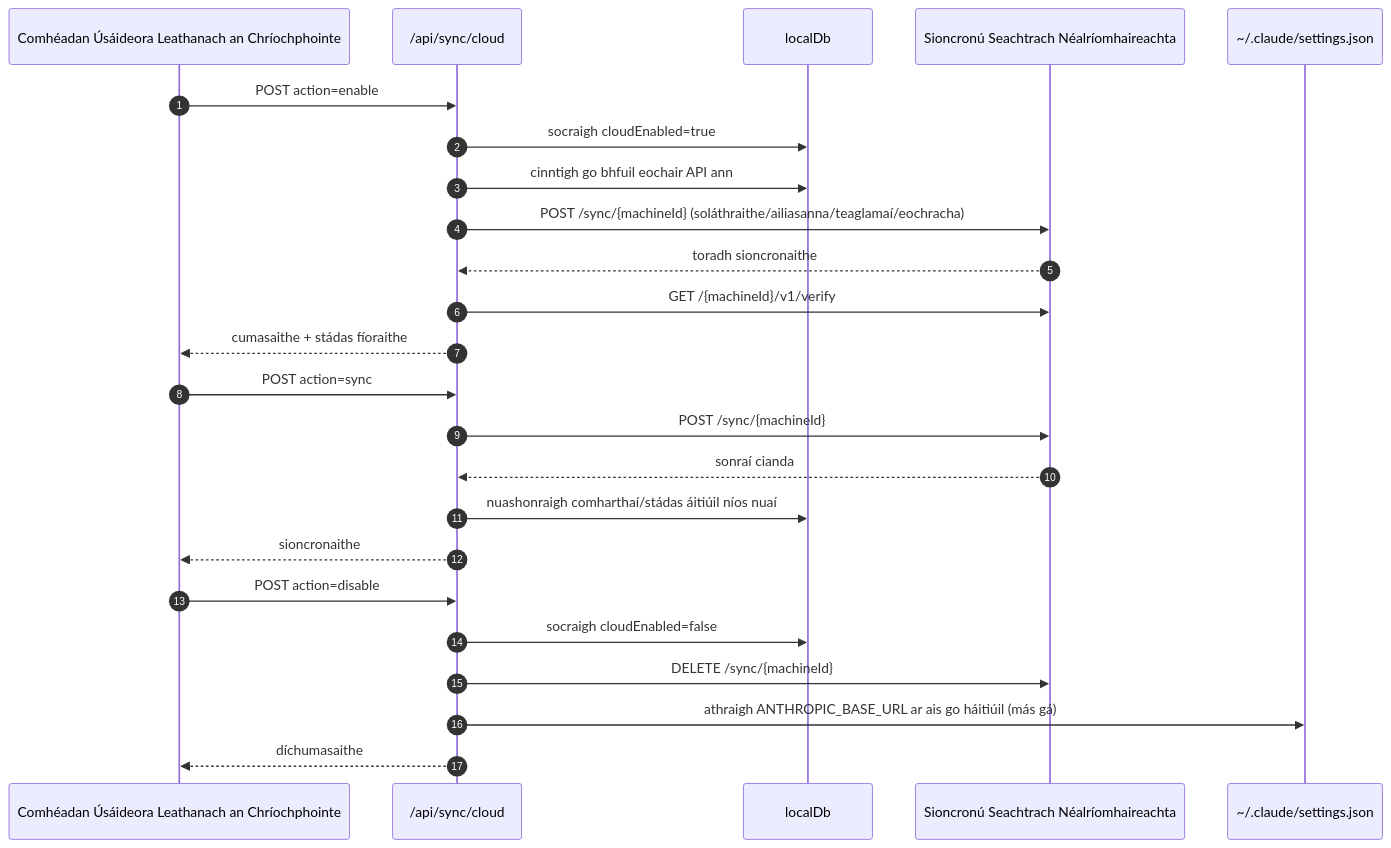
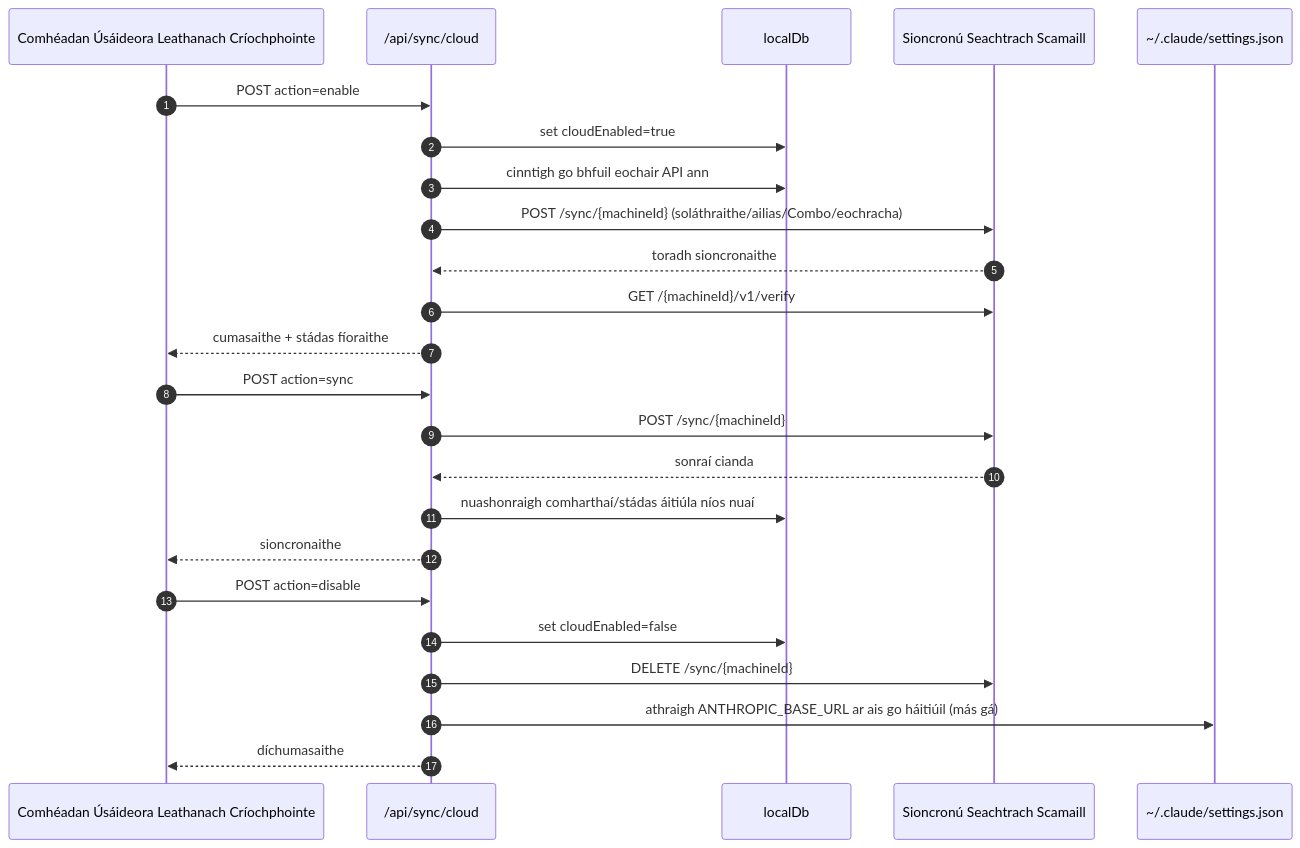
The fifth of 7 diagrams in docs/i18n/ga/docs/architecture/ARCHITECTURE.md (niyatna/NiyatnaRoute), drawn with Mermaid before and after one commit. The commit also changed other lines of this file and 2447 other files, not shown here.

````diff
--- a/docs/i18n/ga/docs/architecture/ARCHITECTURE.md
+++ b/docs/i18n/ga/docs/architecture/ARCHITECTURE.md
@@ -667,29 +675,29 @@
 ```mermaid
 sequenceDiagram
     autonumber
-    participant UI as Comhéadan Úsáideora Leathanach an Chríochphointe
+    participant UI as Comhéadan Úsáideora Leathanach Críochphointe
     participant Sync as /api/sync/cloud
     participant DB as localDb
-    participant Cloud as Sioncronú Seachtrach Néalríomhaireachta
+    participant Cloud as Sioncronú Seachtrach Scamaill
     participant Claude as ~/.claude/settings.json
 
     UI->>Sync: POST action=enable
-    Sync->>DB: socraigh cloudEnabled=true
+    Sync->>DB: set cloudEnabled=true
     Sync->>DB: cinntigh go bhfuil eochair API ann
-    Sync->>Cloud: POST /sync/{machineId} (soláthraithe/ailiasanna/teaglamaí/eochracha)
+    Sync->>Cloud: POST /sync/{machineId} (soláthraithe/ailias/Combo/eochracha)
     Cloud-->>Sync: toradh sioncronaithe
     Sync->>Cloud: GET /{machineId}/v1/verify
     Sync-->>UI: cumasaithe + stádas fíoraithe
 
     UI->>Sync: POST action=sync
     Sync->>Cloud: POST /sync/{machineId}
     Cloud-->>Sync: sonraí cianda
-    Sync->>DB: nuashonraigh comharthaí/stádas áitiúil níos nuaí
+    Sync->>DB: nuashonraigh comharthaí/stádas áitiúla níos nuaí
     Sync-->>UI: sioncronaithe
 
     UI->>Sync: POST action=disable
-    Sync->>DB: socraigh cloudEnabled=false
+    Sync->>DB: set cloudEnabled=false
     Sync->>Cloud: DELETE /sync/{machineId}
     Sync->>Claude: athraigh ANTHROPIC_BASE_URL ar ais go háitiúil (más gá)
     Sync-->>UI: díchumasaithe
 ```
````
